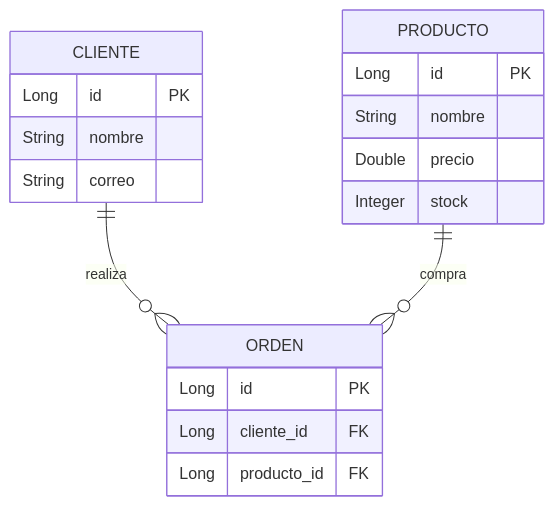
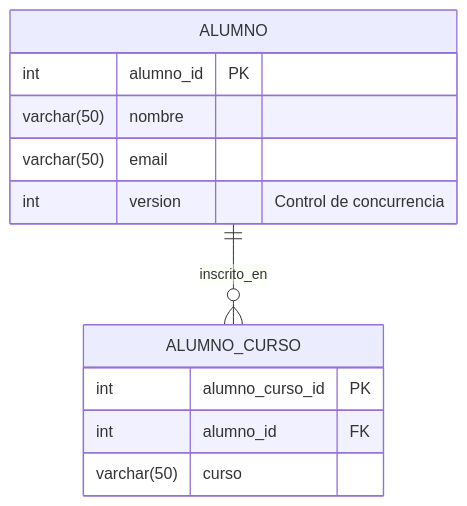
Before and after one commit to pfraasto/desarrollo_aplicaciones_web_1: the diagram in README.md, drawn with Mermaid. The commit also changed other lines of this file and 20 other files, not shown here.

````diff
--- a/README.md
+++ b/README.md
@@ -87,24 +37,17 @@
 ```mermaid
 erDiagram
-    CLIENTE {
-        Long id PK
-        String nombre
-        String correo
+    ALUMNO {
+        int alumno_id PK
+        varchar(50) nombre
+        varchar(50) email
+        int version "Control de concurrencia"
     }
 
-    PRODUCTO {
-        Long id PK
-        String nombre
-        Double precio
-        Integer stock
+    ALUMNO_CURSO {
+        int alumno_curso_id PK
+        int alumno_id FK
+        varchar(50) curso
     }
 
-    ORDEN {
-        Long id PK
-        Long cliente_id FK
-        Long producto_id FK
-    }
-
-    CLIENTE ||--o{ ORDEN : "realiza"
-    PRODUCTO ||--o{ ORDEN : "compra"
+    ALUMNO ||--o{ ALUMNO_CURSO : "inscrito_en"
 ```
````
